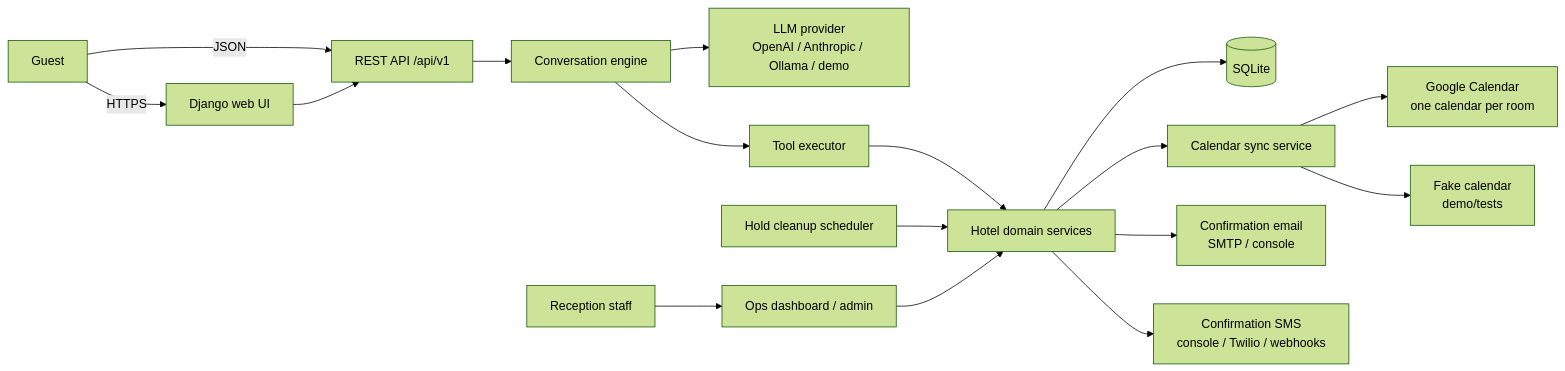
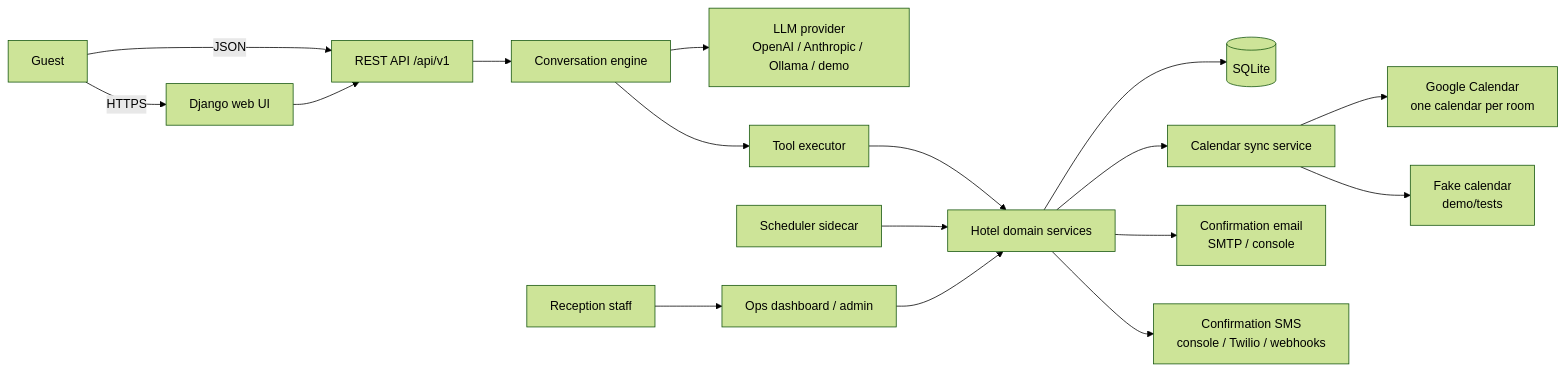
Before and after one commit to michalfrackowiak/hotel-ai-alpha: the first of 4 diagrams in docs/ARCHITECTURE.md, drawn with Mermaid (forest theme). The commit also changed other lines of this file and 18 other files, not shown here.

````diff
--- a/docs/ARCHITECTURE.md
+++ b/docs/ARCHITECTURE.md
@@ -7,19 +7,19 @@
 ```mermaid
 flowchart LR
     Guest[Guest] -->|HTTPS| Web[Django web UI]
     Guest -->|JSON| API[REST API /api/v1]
     Web --> API
     API --> Agent[Conversation engine]
     Agent --> LLM[LLM provider<br/>OpenAI / Anthropic / Ollama / demo]
     Agent --> Tools[Tool executor]
     Tools --> Hotel[Hotel domain services]
     Hotel --> DB[(SQLite)]
     Hotel --> Calendar[Calendar sync service]
     Calendar --> Google[Google Calendar<br/>one calendar per room]
     Calendar --> Fake[Fake calendar<br/>demo/tests]
     Hotel --> Mail[Confirmation email<br/>SMTP / console]
     Hotel --> SMS[Confirmation SMS<br/>console / Twilio / webhooks]
-    Scheduler[Hold cleanup scheduler] --> Hotel
+    Scheduler[Scheduler sidecar] --> Hotel
     Staff[Reception staff] --> Ops[Ops dashboard / admin]
     Ops --> Hotel
 ```
````
